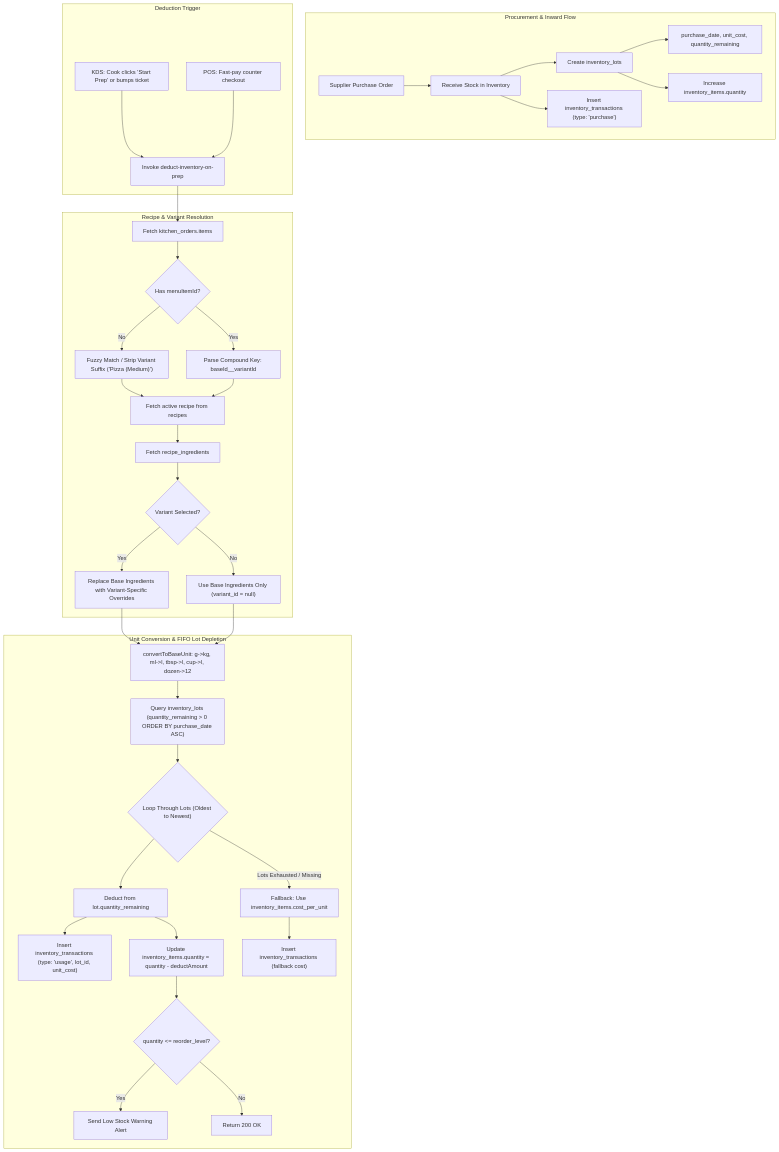
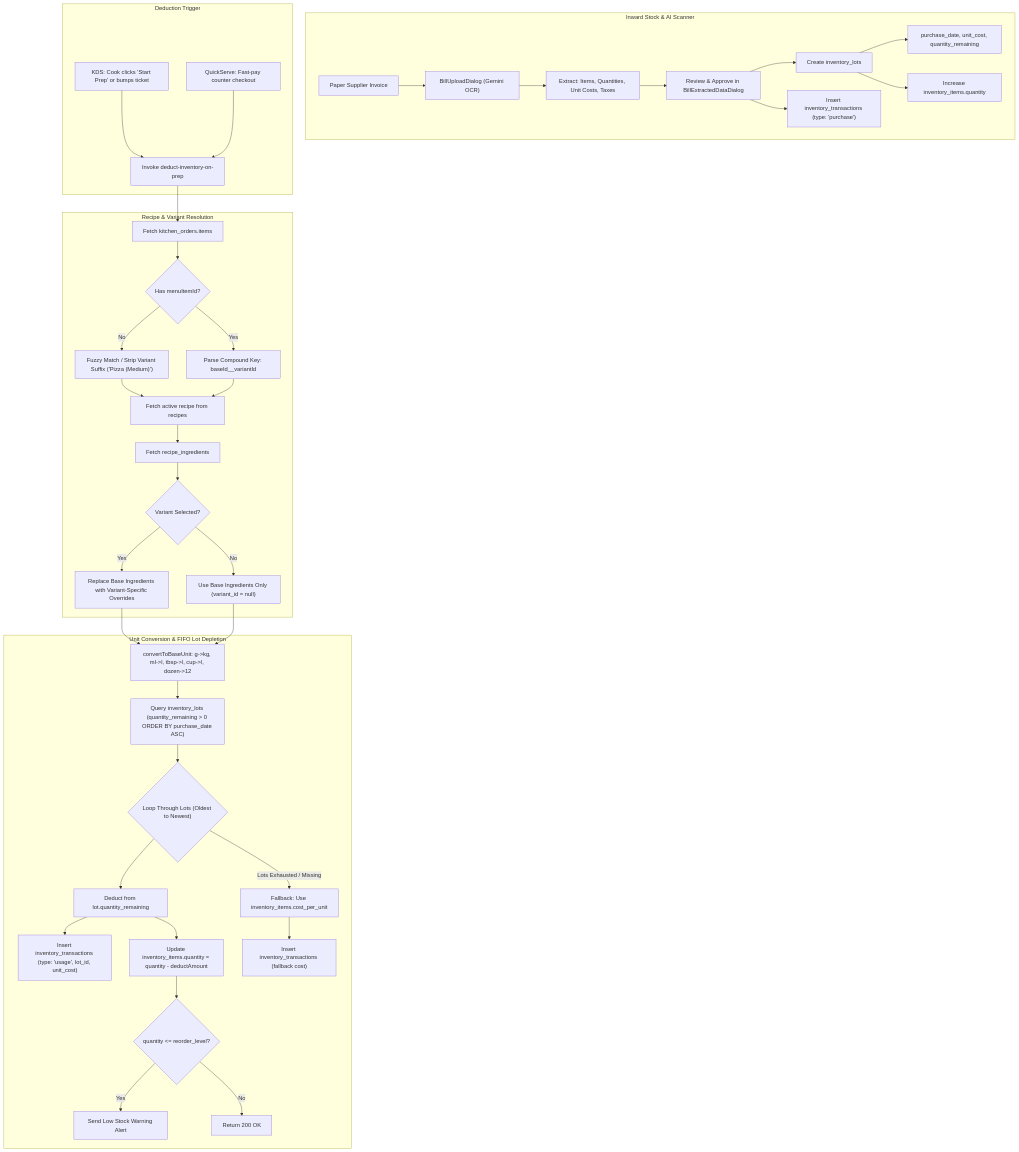
Before and after one commit to sudipjangam/tasty-bite-harbor: the tenth of 13 diagrams in docs/OPERATIONS_WORKFLOW_AND_INTEGRATION_GUIDE.md, drawn with Mermaid. The commit also changed other lines of this file and 4 other files, not shown here.

````diff
--- a/docs/OPERATIONS_WORKFLOW_AND_INTEGRATION_GUIDE.md
+++ b/docs/OPERATIONS_WORKFLOW_AND_INTEGRATION_GUIDE.md
@@ -630,49 +711,51 @@
 ```mermaid
 flowchart TD
-    subgraph Inward_Stock ["Procurement & Inward Flow"]
-        PO["Supplier Purchase Order"] --> INWARD["Receive Stock in Inventory"]
-        INWARD --> CREATE_LOT["Create inventory_lots"]
+    subgraph Inward_Procurement ["Inward Stock & AI Scanner"]
+        PAPER_BILL["Paper Supplier Invoice"] --> OCR["BillUploadDialog (Gemini OCR)"]
+        OCR --> EXTRACT["Extract: Items, Quantities, Unit Costs, Taxes"]
+        EXTRACT --> CONFIRM["Review & Approve in BillExtractedDataDialog"]
+        CONFIRM --> CREATE_LOT["Create inventory_lots"]
         CREATE_LOT --> LOT_DATA["purchase_date, unit_cost, quantity_remaining"]
         CREATE_LOT --> UPDATE_STOCK["Increase inventory_items.quantity"]
-        INWARD --> LOG_PURCHASE["Insert inventory_transactions (type: 'purchase')"]
+        CONFIRM --> LOG_PURCHASE["Insert inventory_transactions (type: 'purchase')"]
     end
 
     subgraph Deduct_Trigger ["Deduction Trigger"]
         KDS_PREP["KDS: Cook clicks 'Start Prep' or bumps ticket"] --> TRIGGER_DEDUCT["Invoke deduct-inventory-on-prep"]
-        POS_INSTANT["POS: Fast-pay counter checkout"] --> TRIGGER_DEDUCT
+        POS_INSTANT["QuickServe: Fast-pay counter checkout"] --> TRIGGER_DEDUCT
     end
 
     subgraph Resolution ["Recipe & Variant Resolution"]
         TRIGGER_DEDUCT --> FETCH_KO["Fetch kitchen_orders.items"]
         FETCH_KO --> RESOLVE_NAME{"Has menuItemId?"}
         RESOLVE_NAME -- No --> FUZZY["Fuzzy Match / Strip Variant Suffix ('Pizza (Medium)')"]
         RESOLVE_NAME -- Yes --> PARSE_VAR["Parse Compound Key: baseId__variantId"]
-        
+      
         FUZZY --> FETCH_RECIPE["Fetch active recipe from recipes"]
         PARSE_VAR --> FETCH_RECIPE
-        
+      
         FETCH_RECIPE --> LOAD_INGS["Fetch recipe_ingredients"]
         LOAD_INGS --> REPLACEMENT_MODEL{"Variant Selected?"}
         REPLACEMENT_MODEL -- Yes --> OVERLAY["Replace Base Ingredients with Variant-Specific Overrides"]
         REPLACEMENT_MODEL -- No --> BASE_ONLY["Use Base Ingredients Only (variant_id = null)"]
     end
 
     subgraph FIFO_Engine ["Unit Conversion & FIFO Lot Depletion"]
         OVERLAY --> CONVERT["convertToBaseUnit: g->kg, ml->l, tbsp->l, cup->l, dozen->12"]
         BASE_ONLY --> CONVERT
-        
+      
         CONVERT --> QUERY_LOTS["Query inventory_lots (quantity_remaining > 0 ORDER BY purchase_date ASC)"]
-        
+      
         QUERY_LOTS --> LOOP_LOTS{"Loop Through Lots (Oldest to Newest)"}
         LOOP_LOTS --> DEPLETE_LOT["Deduct from lot.quantity_remaining"]
         DEPLETE_LOT --> LOG_USAGE["Insert inventory_transactions (type: 'usage', lot_id, unit_cost)"]
-        
+      
         LOOP_LOTS -->|Lots Exhausted / Missing| FALLBACK_COST["Fallback: Use inventory_items.cost_per_unit"]
         FALLBACK_COST --> LOG_FALLBACK_USAGE["Insert inventory_transactions (fallback cost)"]
-        
+      
         DEPLETE_LOT --> TOTAL_DEPLETE["Update inventory_items.quantity = quantity - deductAmount"]
         TOTAL_DEPLETE --> REORDER_CHECK{"quantity <= reorder_level?"}
         REORDER_CHECK -- Yes --> ALERT["Send Low Stock Warning Alert"]
         REORDER_CHECK -- No --> COMPLETE["Return 200 OK"]
     end
 ```
````
